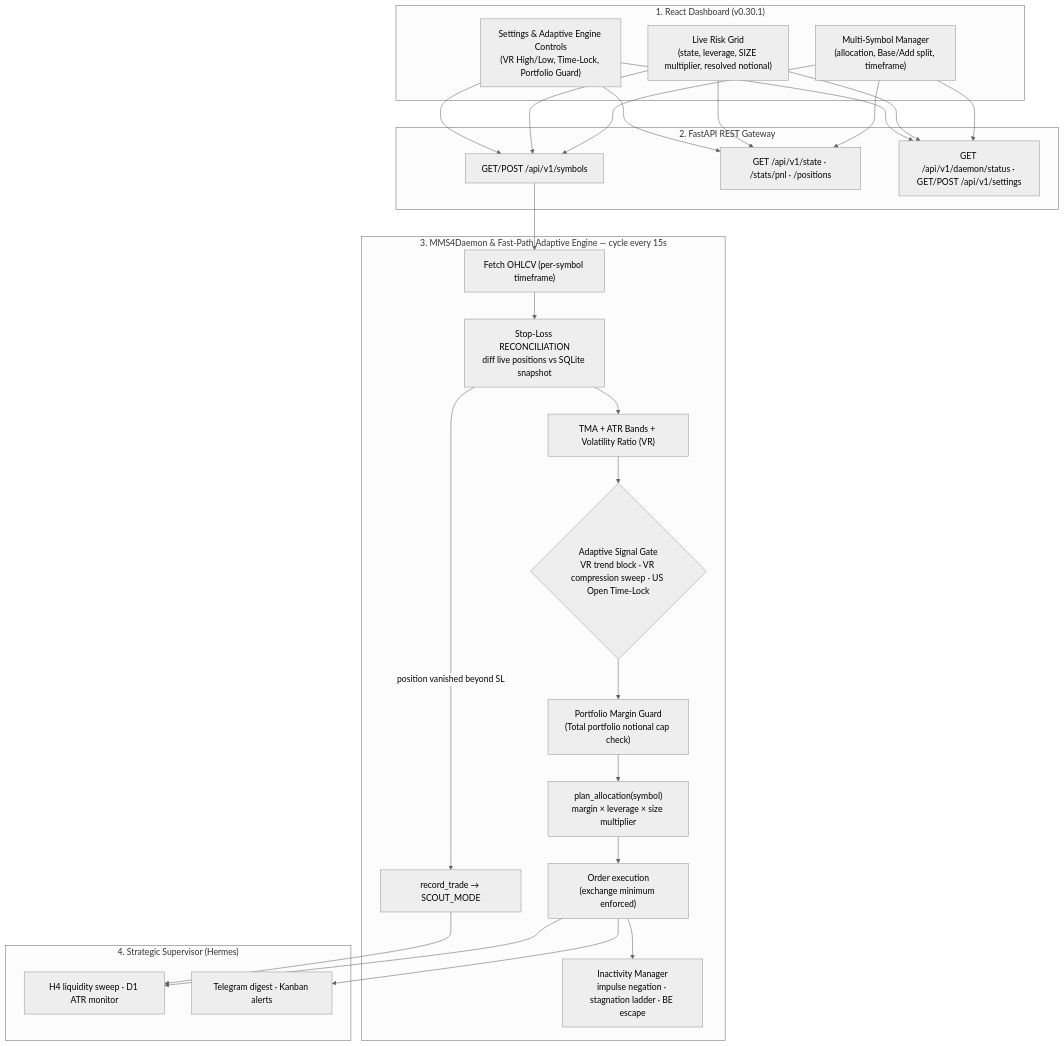
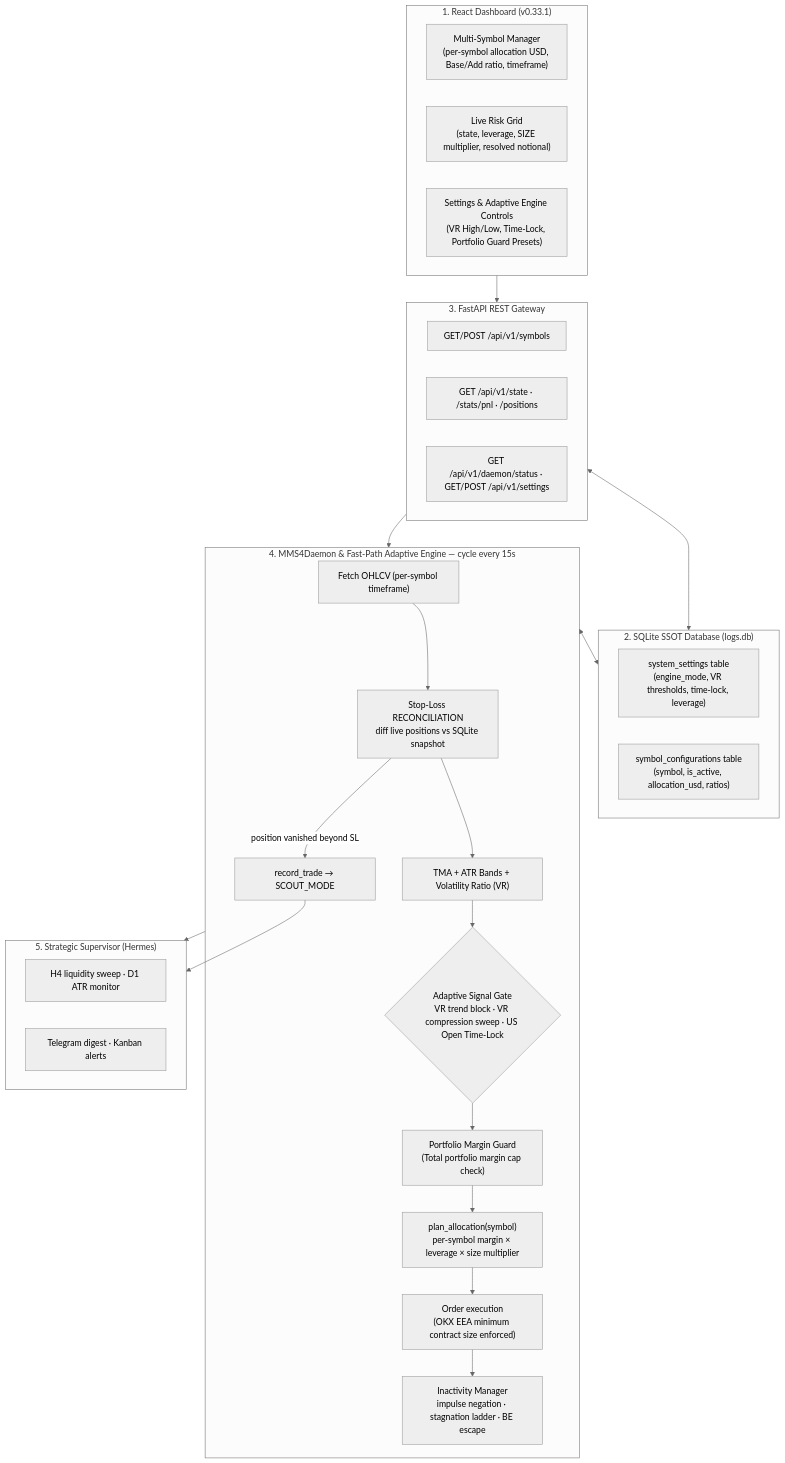
One commit to tkogut/mms4tk changed the diagram in README.md. Above: the diagram before and after it, drawn with Mermaid (neutral theme). The commit also changed other lines of this file and 1 other file, not shown here.

Commit message:
docs: update api and readme for v0.33.1 ssot

````diff
--- a/README.md
+++ b/README.md
@@ -28,38 +30,45 @@
 ```mermaid
 flowchart TD
-    subgraph UI["1. React Dashboard (v0.30.1)"]
-        A1["Multi-Symbol Manager<br/>(allocation, Base/Add split, timeframe)"]
+    subgraph UI["1. React Dashboard (v0.33.1)"]
+        A1["Multi-Symbol Manager<br/>(per-symbol allocation USD, Base/Add ratio, timeframe)"]
         A2["Live Risk Grid<br/>(state, leverage, SIZE multiplier, resolved notional)"]
-        A3["Settings & Adaptive Engine Controls<br/>(VR High/Low, Time-Lock, Portfolio Guard)"]
+        A3["Settings & Adaptive Engine Controls<br/>(VR High/Low, Time-Lock, Portfolio Guard Presets)"]
     end
 
-    subgraph API["2. FastAPI REST Gateway"]
+    subgraph DB["2. SQLite SSOT Database (logs.db)"]
+        D_SET["system_settings table<br/>(engine_mode, VR thresholds, time-lock, leverage)"]
+        D_SYM["symbol_configurations table<br/>(symbol, is_active, allocation_usd, ratios)"]
+    end
+
+    subgraph API["3. FastAPI REST Gateway"]
         B1["GET/POST /api/v1/symbols"]
         B2["GET /api/v1/state · /stats/pnl · /positions"]
         B3["GET /api/v1/daemon/status · GET/POST /api/v1/settings"]
     end
 
-    subgraph ENGINE["3. MMS4Daemon & Fast-Path Adaptive Engine — cycle every 15s"]
+    subgraph ENGINE["4. MMS4Daemon & Fast-Path Adaptive Engine — cycle every 15s"]
         C1["Fetch OHLCV (per-symbol timeframe)"]
         C2["Stop-Loss RECONCILIATION<br/>diff live positions vs SQLite snapshot"]
         C3["TMA + ATR Bands + Volatility Ratio (VR)"]
         C4{"Adaptive Signal Gate<br/>VR trend block · VR compression sweep · US Open Time-Lock"}
-        C5["Portfolio Margin Guard<br/>(Total portfolio notional cap check)"]
-        C6["plan_allocation(symbol)<br/>margin × leverage × size multiplier"]
-        C7["Order execution<br/>(exchange minimum enforced)"]
+        C5["Portfolio Margin Guard<br/>(Total portfolio margin cap check)"]
+        C6["plan_allocation(symbol)<br/>per-symbol margin × leverage × size multiplier"]
+        C7["Order execution<br/>(OKX EEA minimum contract size enforced)"]
         C8["Inactivity Manager<br/>impulse negation · stagnation ladder · BE escape"]
         C1 --> C2 --> C3 --> C4 --> C5 --> C6 --> C7
         C2 -->|position vanished beyond SL| ST["record_trade → SCOUT_MODE"]
         C7 --> C8
     end
 
-    subgraph HERMES["4. Strategic Supervisor (Hermes)"]
+    subgraph HERMES["5. Strategic Supervisor (Hermes)"]
         D1["H4 liquidity sweep · D1 ATR monitor"]
         D2["Telegram digest · Kanban alerts"]
     end
 
-    A1 & A2 & A3 --> B1 & B2 & B3
-    B1 --> C1
-    C7 --> D1 & D2
-    ST --> D1
+    UI --> API
+    API <--> DB
+    ENGINE <--> DB
+    API --> ENGINE
+    ENGINE --> HERMES
+    ST --> HERMES
 ```
````
